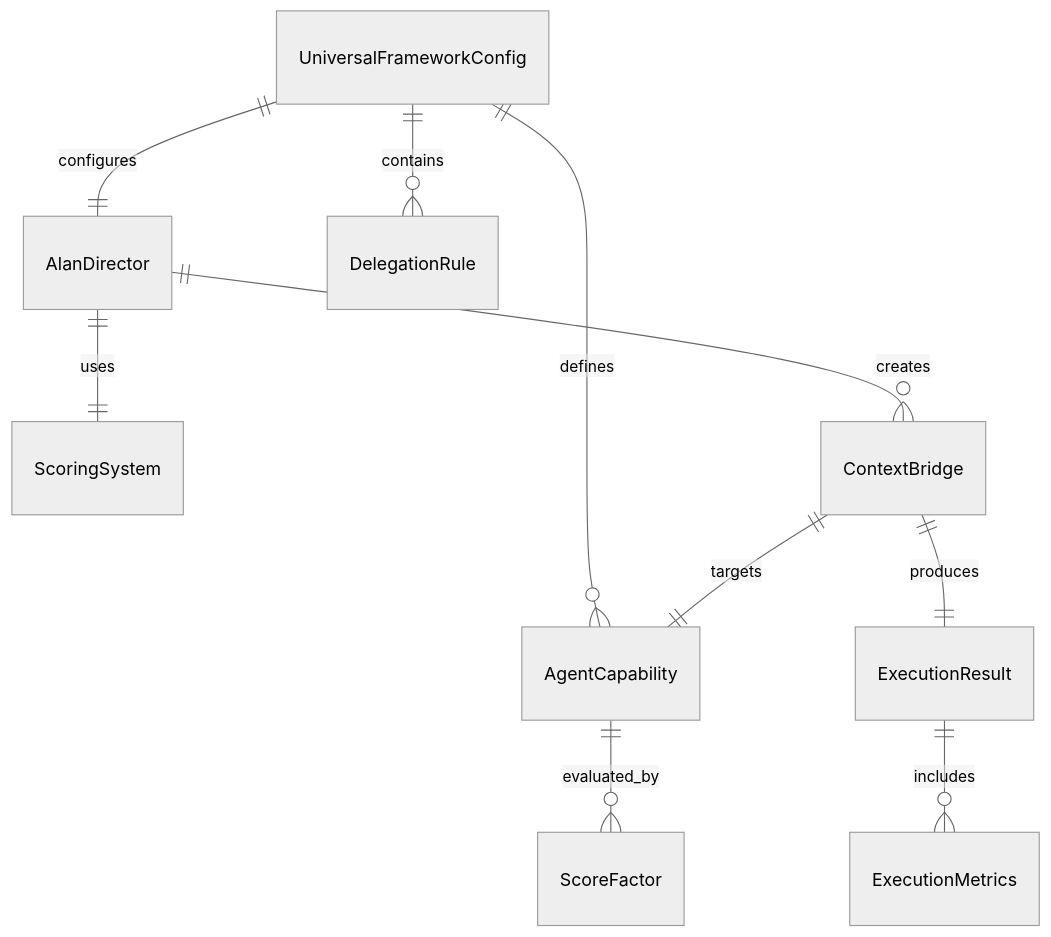
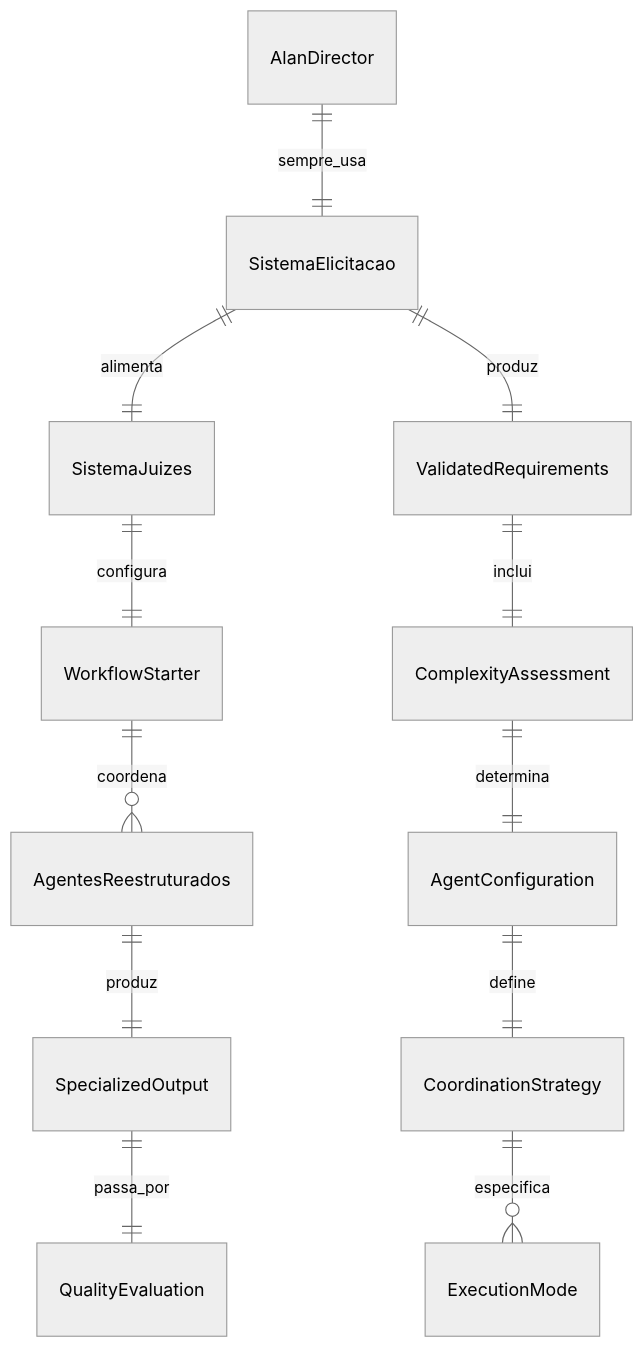
The third of 6 diagrams in .claude/specs/universal-agent-framework/design.md (matheusmaiberg/prisma), drawn with Mermaid (neutral theme) before and after one commit. The commit also changed other lines of this file and 8 other files, not shown here.

First line of the commit message:
feat: corrigir design Universal Agent Framework - orquestração CLI

````diff
--- a/.claude/specs/universal-agent-framework/design.md
+++ b/.claude/specs/universal-agent-framework/design.md
@@ -231,15 +230,17 @@
 ```mermaid
 erDiagram
-    UniversalFrameworkConfig ||--|| AlanDirector : configures
-    UniversalFrameworkConfig ||--o{ AgentCapability : defines
-    UniversalFrameworkConfig ||--o{ DelegationRule : contains
+    AlanDirector ||--|| SistemaElicitacao : sempre_usa
+    SistemaElicitacao ||--|| SistemaJuizes : alimenta
+    SistemaJuizes ||--|| WorkflowStarter : configura
+    WorkflowStarter ||--o{ AgentesReestruturados : coordena
 
-    AlanDirector ||--|| ScoringSystem : uses
-    AlanDirector ||--o{ ContextBridge : creates
+    SistemaElicitacao ||--|| ValidatedRequirements : produz
+    ValidatedRequirements ||--|| ComplexityAssessment : inclui
+    ComplexityAssessment ||--|| AgentConfiguration : determina
 
-    ContextBridge ||--|| AgentCapability : targets
-    ContextBridge ||--|| ExecutionResult : produces
+    AgentConfiguration ||--|| CoordinationStrategy : define
+    CoordinationStrategy ||--o{ ExecutionMode : especifica
 
-    AgentCapability ||--o{ ScoreFactor : evaluated_by
-    ExecutionResult ||--o{ ExecutionMetrics : includes
+    AgentesReestruturados ||--|| SpecializedOutput : produz
+    SpecializedOutput ||--|| QualityEvaluation : passa_por
 ```
````
